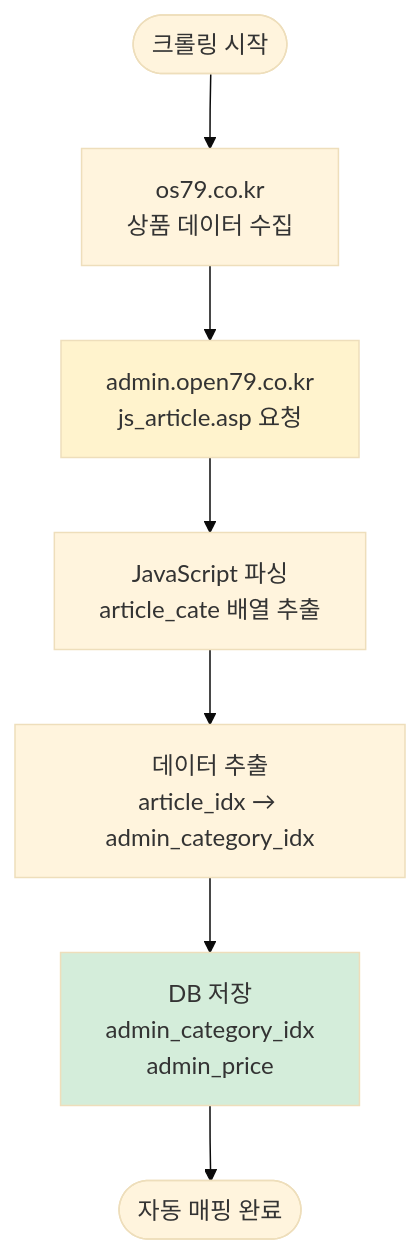
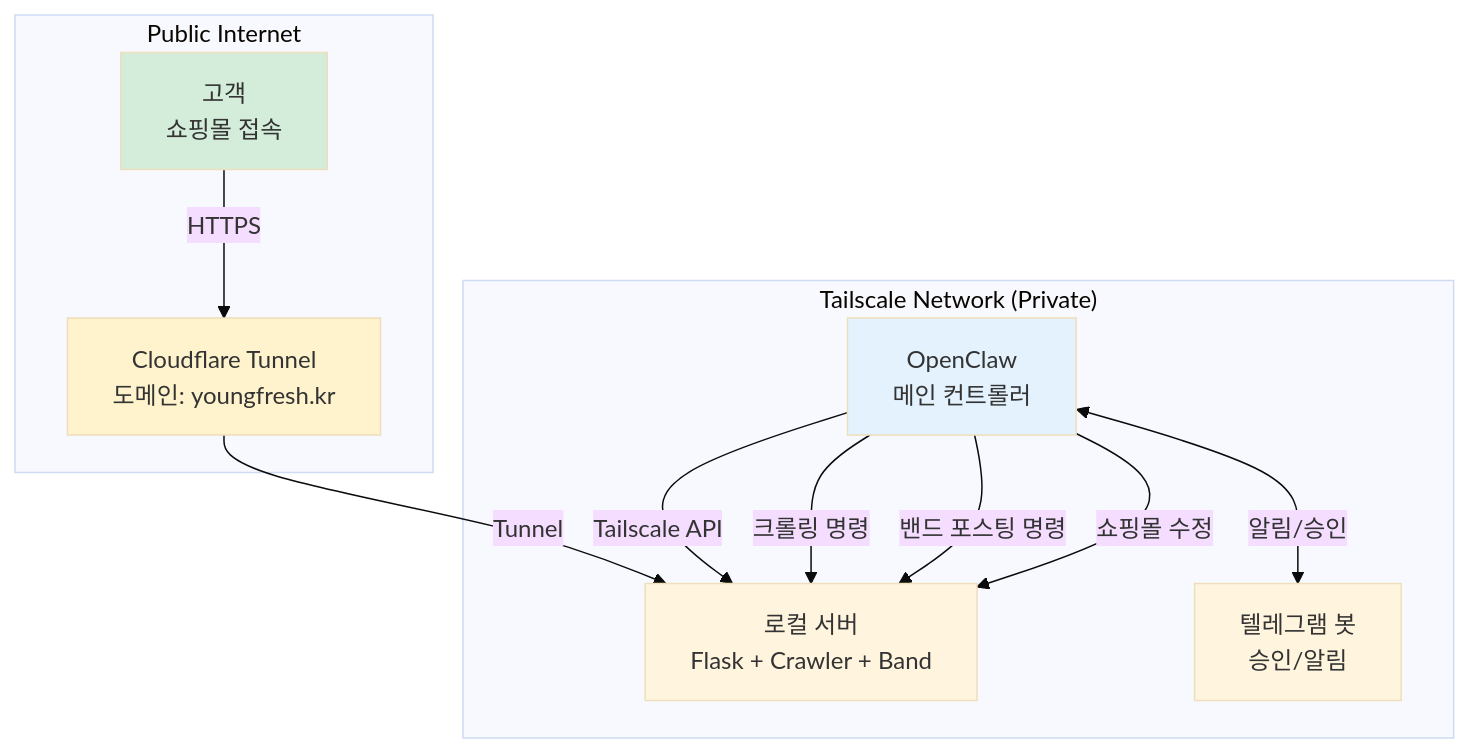
One commit to Yejinius/Fruits_final changed the ninth of 9 diagrams in PROJECT_DOCUMENTATION.md. Above: the diagram before and after it, drawn with Mermaid (base theme). The commit also changed other lines of this file and 678 other files, not shown here.

Commit message:
feat: Add `band_poster.py` and `order_processor.py`, update `config.py`, `models.py`, `crawler.py`, and project documentation.

````diff
--- a/PROJECT_DOCUMENTATION.md
+++ b/PROJECT_DOCUMENTATION.md
@@ -607,16 +758,27 @@
 ```mermaid
-flowchart TD
-    START([크롤링 시작]) --> FETCH1[os79.co.kr<br/>상품 데이터 수집]
-    FETCH1 --> FETCH2[admin.open79.co.kr<br/>js_article.asp 요청]
+graph TB
+    subgraph "Public Internet"
+        CUSTOMER[고객<br/>쇼핑몰 접속]
+        CF[Cloudflare Tunnel<br/>도메인: youngfresh.kr]
+    end
 
-    FETCH2 --> PARSE[JavaScript 파싱<br/>article_cate 배열 추출]
+    subgraph "Tailscale Network (Private)"
+        OPENCLAW[OpenClaw<br/>메인 컨트롤러]
+        SERVER[로컬 서버<br/>Flask + Crawler + Band]
+        TELEGRAM[텔레그램 봇<br/>승인/알림]
+    end
 
-    PARSE --> EXTRACT[데이터 추출<br/>article_idx → admin_category_idx]
+    CUSTOMER -->|HTTPS| CF
+    CF -->|Tunnel| SERVER
 
-    EXTRACT --> SAVE[DB 저장<br/>admin_category_idx<br/>admin_price]
+    OPENCLAW -->|Tailscale API| SERVER
+    OPENCLAW <-->|알림/승인| TELEGRAM
 
-    SAVE --> END([자동 매핑 완료])
+    OPENCLAW -->|크롤링 명령| SERVER
+    OPENCLAW -->|밴드 포스팅 명령| SERVER
+    OPENCLAW -->|쇼핑몰 수정| SERVER
 
-    style FETCH2 fill:#fff3cd
-    style SAVE fill:#d4edda
+    style CF fill:#fff3cd
+    style OPENCLAW fill:#e3f2fd
+    style CUSTOMER fill:#d4edda
 ```
````
